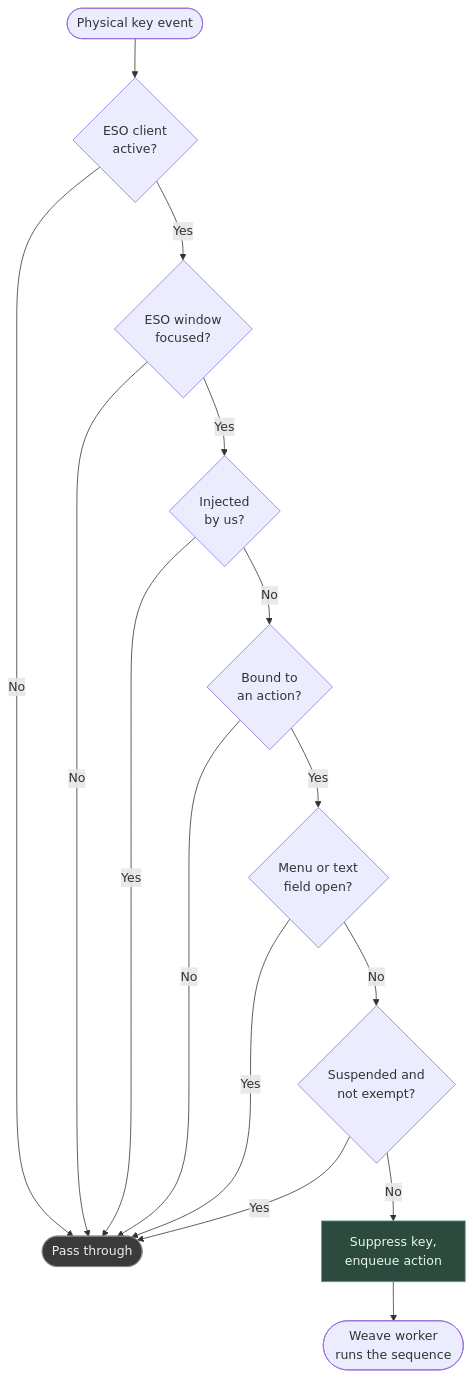
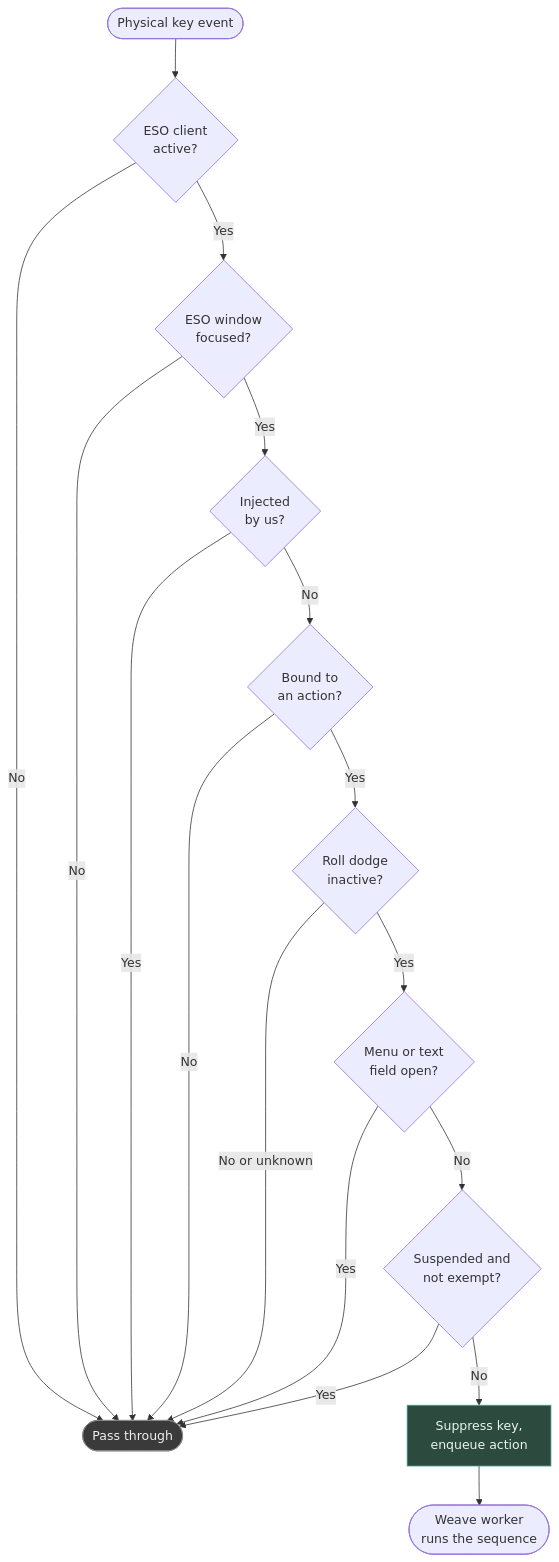
Before and after one commit to h8rt3rmin8r/eso-weave: the second of 4 diagrams in docs/ESO-Weave-Specification.md, drawn with Mermaid. The commit also changed other lines of this file and 34 other files, not shown here.

First line of the commit message:
feat(050): gate generated weaves during roll dodge

````diff
--- a/docs/ESO-Weave-Specification.md
+++ b/docs/ESO-Weave-Specification.md
@@ -281,20 +281,22 @@
 ```mermaid
 flowchart TD
     K([Physical key event]) --> A{ESO client<br/>active?}
     A -->|No| P([Pass through])
     A -->|Yes| F{ESO window<br/>focused?}
     F -->|No| P
     F -->|Yes| S{Injected<br/>by us?}
     S -->|Yes| P
     S -->|No| B{Bound to<br/>an action?}
     B -->|No| P
-    B -->|Yes| M{Menu or text<br/>field open?}
+    B -->|Yes| RD{Roll dodge<br/>inactive?}
+    RD -->|No or unknown| P
+    RD -->|Yes| M{Menu or text<br/>field open?}
     M -->|Yes| P
     M -->|No| SU{Suspended and<br/>not exempt?}
     SU -->|Yes| P
     SU -->|No| X[Suppress key,<br/>enqueue action]
     X --> W([Weave worker<br/>runs the sequence])
 
     style X fill:#2d4a3e,stroke:#5a9,color:#e8f5ee
     style P fill:#3a3a3a,stroke:#888,color:#eee
 ```
````
